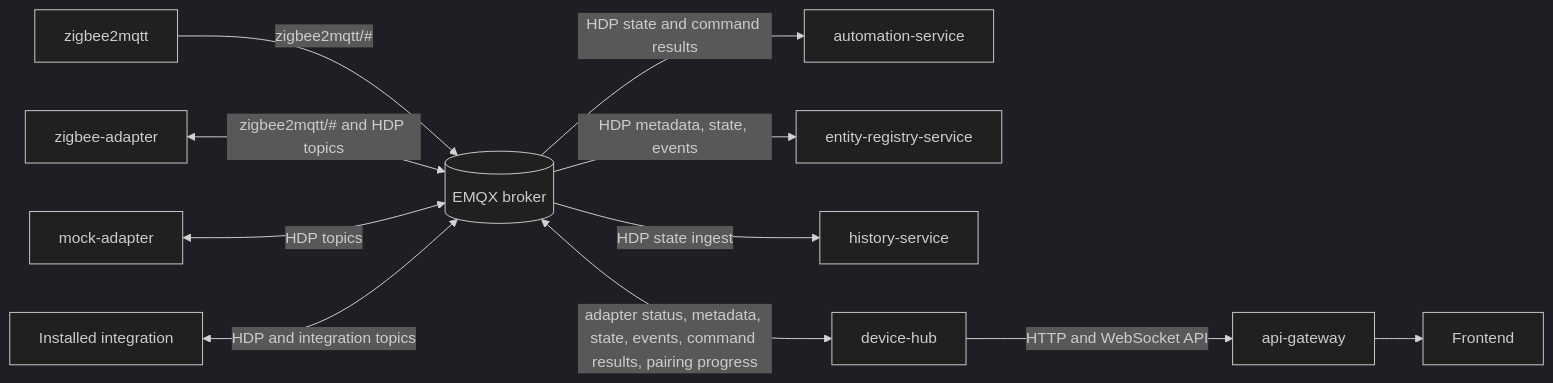
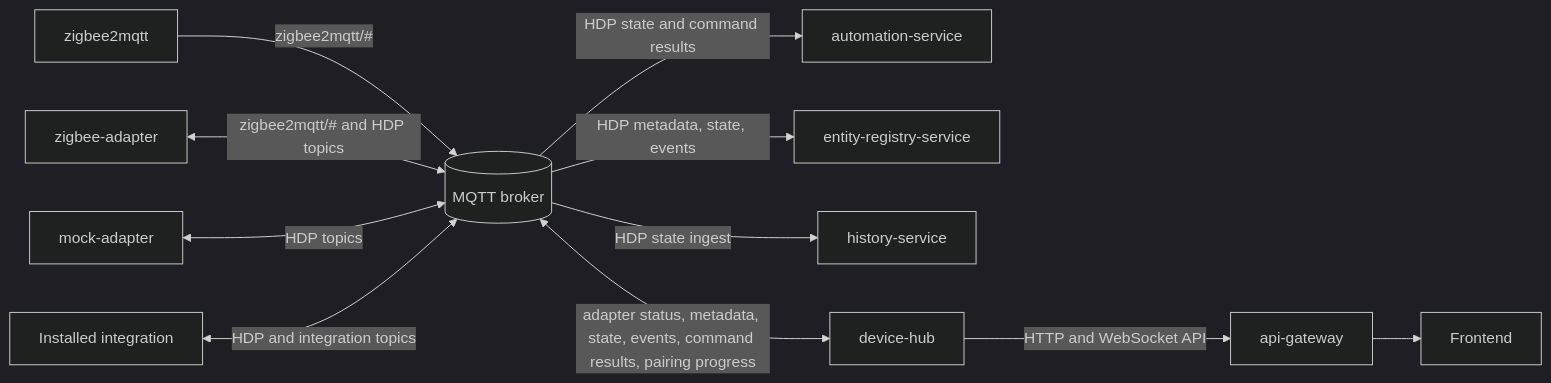
One commit to PetoAdam/homenavi changed the first of 5 diagrams in doc/mqtt_architecture.md. Above: the diagram before and after it, drawn with Mermaid (dark theme). The commit also changed other lines of this file and 72 other files, not shown here.

````diff
--- a/doc/mqtt_architecture.md
+++ b/doc/mqtt_architecture.md
@@ -11,15 +11,15 @@
 ```mermaid
 flowchart LR
-    Z2M[zigbee2mqtt] -->|zigbee2mqtt/#| B[(EMQX broker)]
+    Z2M[zigbee2mqtt] -->|zigbee2mqtt/#| B[(MQTT broker)]
     ZA[zigbee-adapter] <-->|zigbee2mqtt/# and HDP topics| B
     MA[mock-adapter] <-->|HDP topics| B
     INT[Installed integration] <-->|HDP and integration topics| B
 
     B -->|HDP state and command results| AUTO[automation-service]
     B -->|HDP metadata, state, events| ERS[entity-registry-service]
     B -->|HDP state ingest| HIST[history-service]
     B <-->|adapter status, metadata, state, events, command results, pairing progress| HUB[device-hub]
 
     HUB -->|HTTP and WebSocket API| GW[api-gateway]
     GW --> WEB[Frontend]
 ```
````
